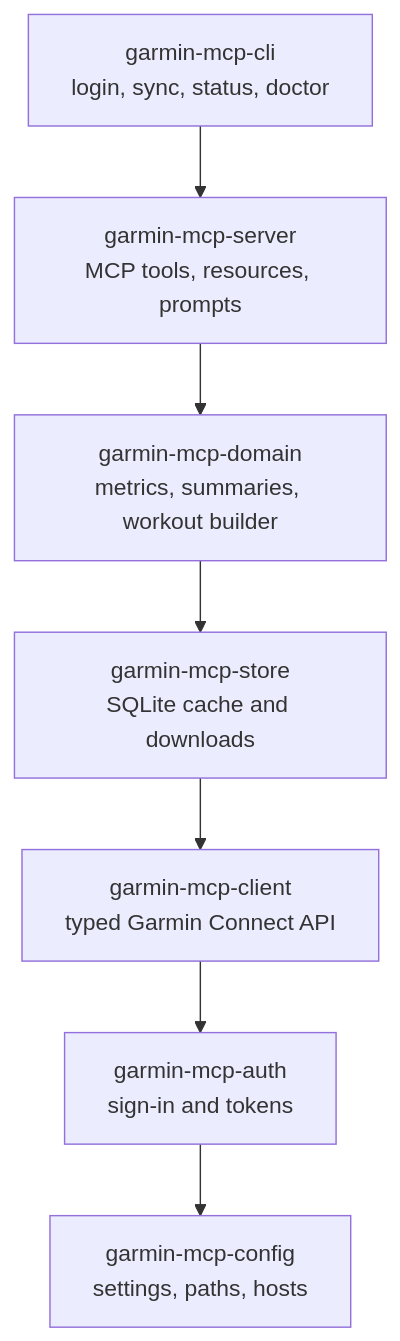
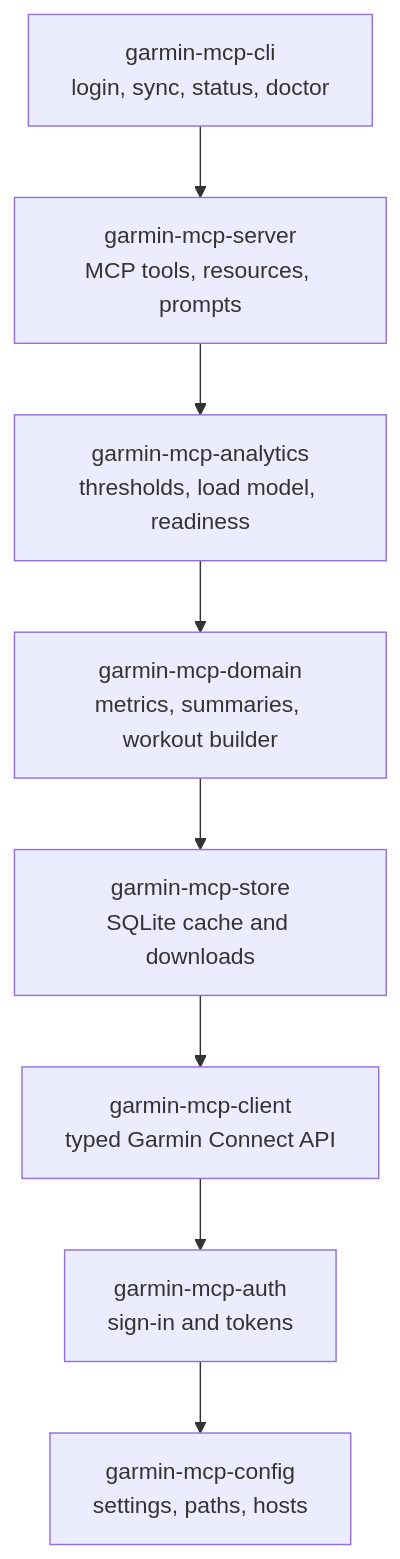
Before and after one commit to endurancetools/garmin-mcp: the second of 2 diagrams in docs/how-it-works.md, drawn with Mermaid. The commit also changed other lines of this file, not shown here.

First line of the commit message:
docs(repo): paczka garmin-mcp-analytics na stronie How it works (E6-10a)

````diff
--- a/docs/how-it-works.md
+++ b/docs/how-it-works.md
@@ -32,10 +32,11 @@
 ```mermaid
 flowchart TD
     cli[garmin-mcp-cli<br/>login, sync, status, doctor] --> server
-    server[garmin-mcp-server<br/>MCP tools, resources, prompts] --> domain
+    server[garmin-mcp-server<br/>MCP tools, resources, prompts] --> analytics
+    analytics[garmin-mcp-analytics<br/>thresholds, load model, readiness] --> domain
     domain[garmin-mcp-domain<br/>metrics, summaries, workout builder] --> store
     store[garmin-mcp-store<br/>SQLite cache and downloads] --> client
     client[garmin-mcp-client<br/>typed Garmin Connect API] --> auth
     auth[garmin-mcp-auth<br/>sign-in and tokens] --> config
     config[garmin-mcp-config<br/>settings, paths, hosts]
 ```
````
